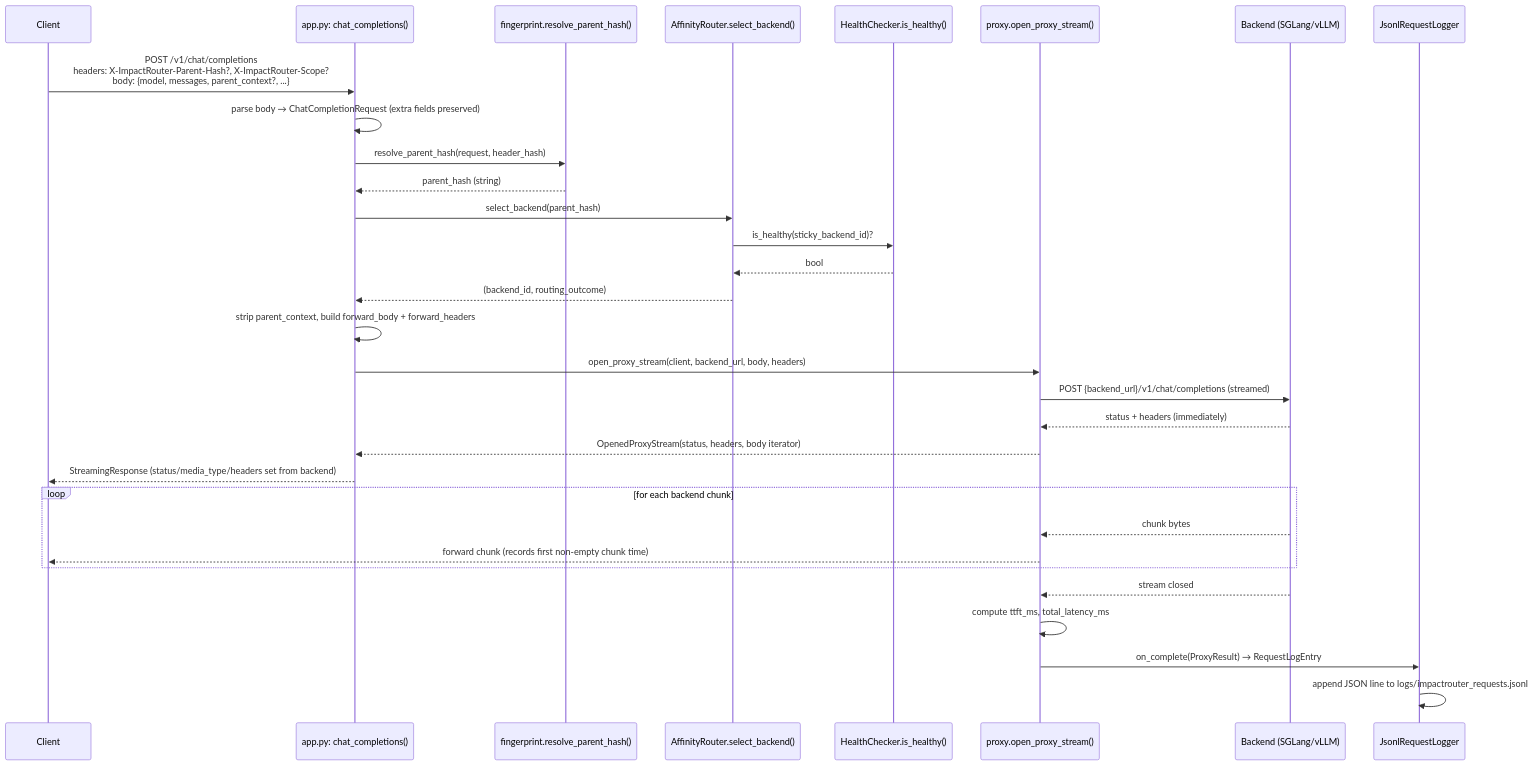
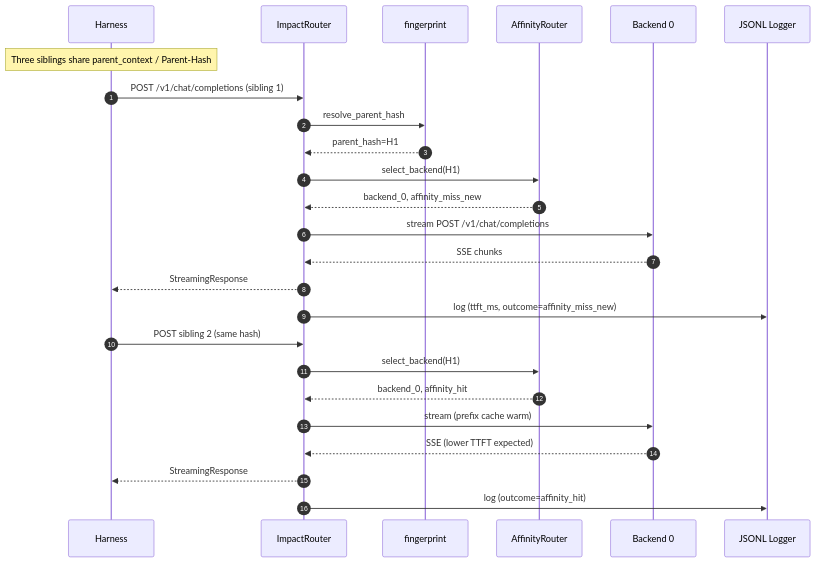
Before and after one commit to msunda17/impactrouter: the third of 8 diagrams in docs/ARCHITECTURE.md, drawn with Mermaid. The commit also changed other lines of this file and 1 other file, not shown here.

First line of the commit message:
Add comprehensive ImpactRouter architecture reference.

````diff
--- a/docs/ARCHITECTURE.md
+++ b/docs/ARCHITECTURE.md
@@ -67,34 +278,29 @@
 ```mermaid
 sequenceDiagram
-    participant C as Client
-    participant A as app.py: chat_completions()
-    participant F as fingerprint.resolve_parent_hash()
-    participant R as AffinityRouter.select_backend()
-    participant H as HealthChecker.is_healthy()
-    participant P as proxy.open_proxy_stream()
-    participant Be as Backend (SGLang/vLLM)
-    participant L as JsonlRequestLogger
+  autonumber
+  participant H as Harness
+  participant IR as ImpactRouter
+  participant FP as fingerprint
+  participant AR as AffinityRouter
+  participant B0 as Backend 0
+  participant LG as JSONL Logger
 
-    C->>A: POST /v1/chat/completions<br/>headers: X-ImpactRouter-Parent-Hash?, X-ImpactRouter-Scope?<br/>body: {model, messages, parent_context?, ...}
-    A->>A: parse body → ChatCompletionRequest (extra fields preserved)
-    A->>F: resolve_parent_hash(request, header_hash)
-    F-->>A: parent_hash (string)
-    A->>R: select_backend(parent_hash)
-    R->>H: is_healthy(sticky_backend_id)?
-    H-->>R: bool
-    R-->>A: (backend_id, routing_outcome)
-    A->>A: strip parent_context, build forward_body + forward_headers
-    A->>P: open_proxy_stream(client, backend_url, body, headers)
-    P->>Be: POST {backend_url}/v1/chat/completions (streamed)
-    Be-->>P: status + headers (immediately)
-    P-->>A: OpenedProxyStream(status, headers, body iterator)
-    A-->>C: StreamingResponse (status/media_type/headers set from backend)
-    loop for each backend chunk
-        Be-->>P: chunk bytes
-        P-->>C: forward chunk (records first non-empty chunk time)
-    end
-    Be-->>P: stream closed
-    P->>P: compute ttft_ms, total_latency_ms
-    P->>L: on_complete(ProxyResult) → RequestLogEntry
-    L->>L: append JSON line to logs/impactrouter_requests.jsonl
+  Note over H: Three siblings share parent_context / Parent-Hash
+  H->>IR: POST /v1/chat/completions (sibling 1)
+  IR->>FP: resolve_parent_hash
+  FP-->>IR: parent_hash=H1
+  IR->>AR: select_backend(H1)
+  AR-->>IR: backend_0, affinity_miss_new
+  IR->>B0: stream POST /v1/chat/completions
+  B0-->>IR: SSE chunks
+  IR-->>H: StreamingResponse
+  IR->>LG: log (ttft_ms, outcome=affinity_miss_new)
+
+  H->>IR: POST sibling 2 (same hash)
+  IR->>AR: select_backend(H1)
+  AR-->>IR: backend_0, affinity_hit
+  IR->>B0: stream (prefix cache warm)
+  B0-->>IR: SSE (lower TTFT expected)
+  IR-->>H: StreamingResponse
+  IR->>LG: log (outcome=affinity_hit)
 ```
````
